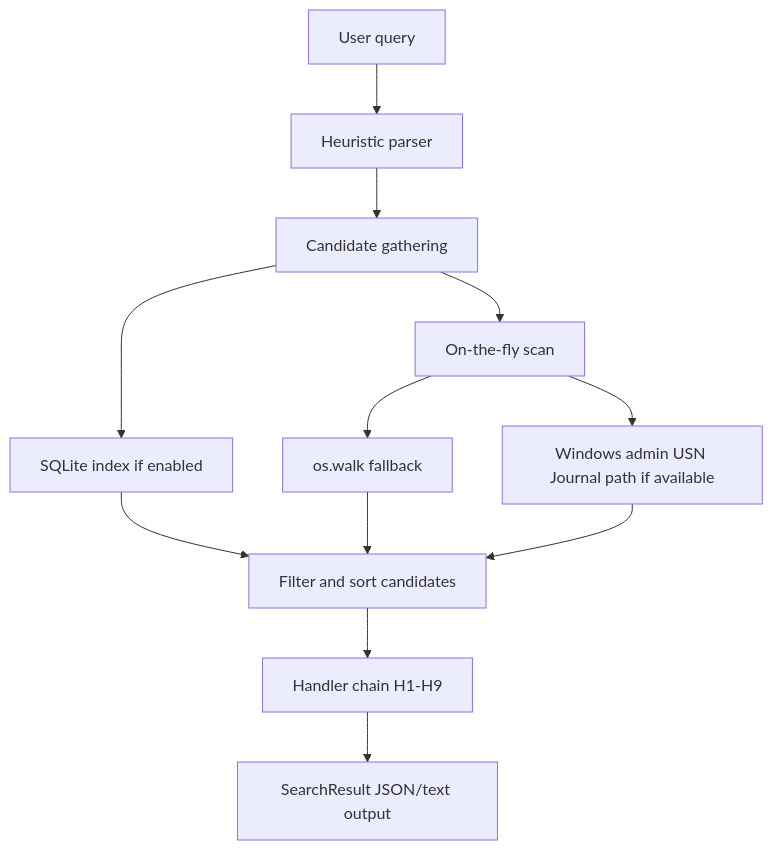
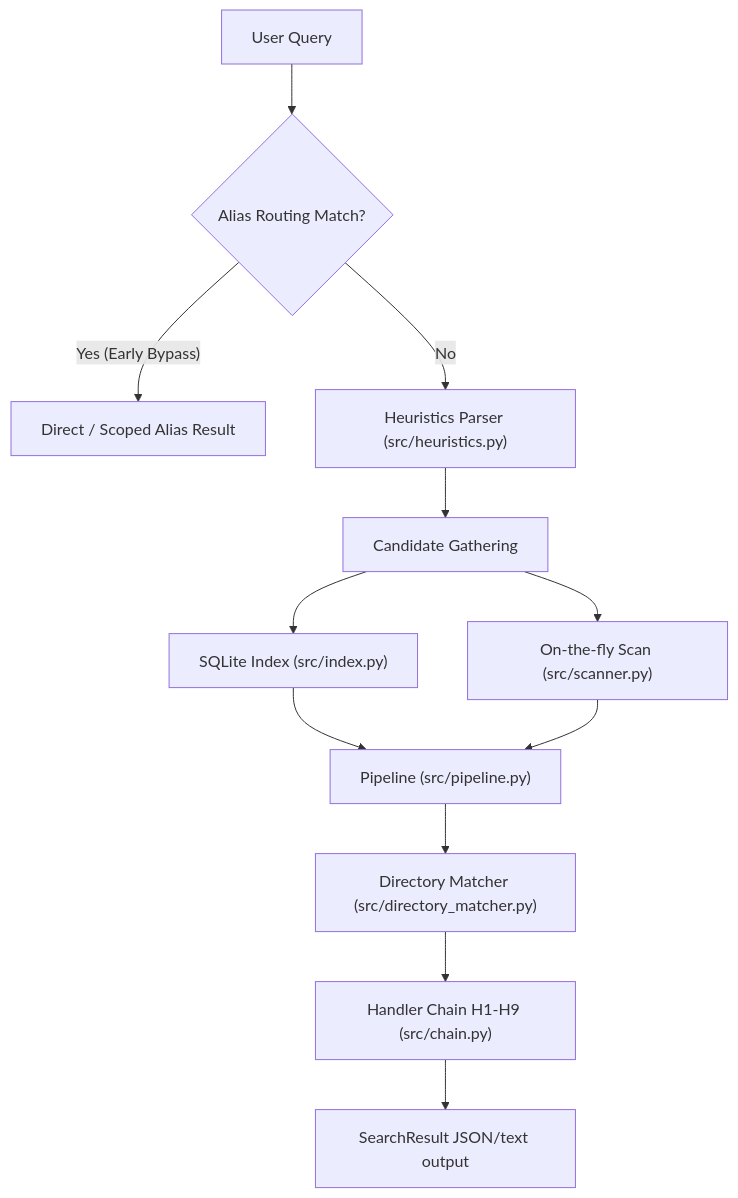
Before and after one commit to onth0s/Semantic-Search: the diagram in README.md, drawn with Mermaid. The commit also changed other lines of this file and 55 other files, not shown here.

Commit message:
Refactor: rename src/ to sempath/, decompose SearchEngine.find_path(), introduce HeuristicsResult, clean up dead code, and fix Ruff format/lint issues

````diff
--- a/README.md
+++ b/README.md
@@ -73,14 +75,14 @@
 ```mermaid
 graph TD
-    UserQuery["User query"] --> Heuristics["Heuristic parser"]
-    Heuristics --> Candidates["Candidate gathering"]
-    Candidates --> Index["SQLite index if enabled"]
-    Candidates --> Scan["On-the-fly scan"]
-    Scan --> MFT["Windows admin USN Journal path if available"]
-    Scan --> Walk["os.walk fallback"]
-    Index --> FilterSort["Filter and sort candidates"]
-    Walk --> FilterSort
-    MFT --> FilterSort
-    FilterSort --> Chain["Handler chain H1-H9"]
+    UserQuery["User Query"] --> Routing{"Alias Routing Match?"}
+    Routing -- Yes (Early Bypass) --> DirectResult["Direct / Scoped Alias Result"]
+    Routing -- No --> Heuristics["Heuristics Parser (src/heuristics.py)"]
+    Heuristics --> Candidates["Candidate Gathering"]
+    Candidates --> Index["SQLite Index (src/index.py)"]
+    Candidates --> Scan["On-the-fly Scan (src/scanner.py)"]
+    Index --> Pipeline["Pipeline (src/pipeline.py)"]
+    Scan --> Pipeline
+    Pipeline --> DirMatcher["Directory Matcher (src/directory_matcher.py)"]
+    DirMatcher --> Chain["Handler Chain H1-H9 (src/chain.py)"]
     Chain --> Result["SearchResult JSON/text output"]
 ```
````
